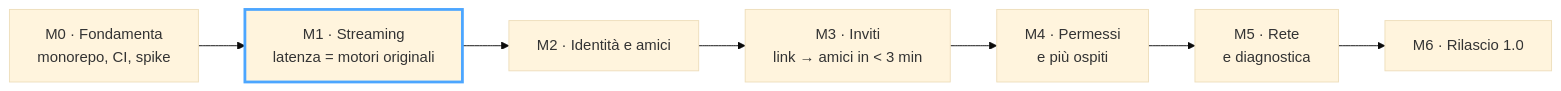
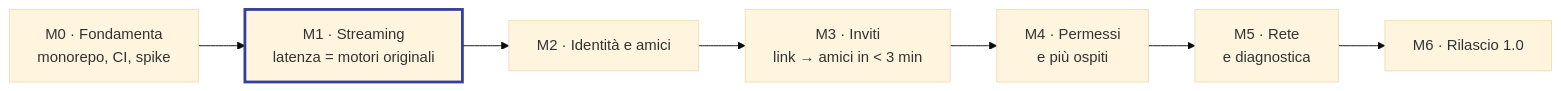
One commit to rkarmaaa/falco changed the third of 3 diagrams in docs/falco-spec.md. Above: the diagram before and after it, drawn with Mermaid (base theme). The commit also changed other lines of this file and 42 other files, not shown here.

````diff
--- a/docs/falco-spec.md
+++ b/docs/falco-spec.md
@@ -920,7 +920,7 @@
 ```mermaid
 flowchart LR
   M0["M0 · Fondamenta<br/>monorepo, CI, spike"] --> M1["M1 · Streaming<br/>latenza = motori originali"]:::key
   M1 --> M2["M2 · Identità e amici"] --> M3["M3 · Inviti<br/>link → amici in &lt; 3 min"]
   M3 --> M4["M4 · Permessi<br/>e più ospiti"] --> M5["M5 · Rete<br/>e diagnostica"] --> M6["M6 · Rilascio 1.0"]
-  classDef key stroke:#4CA6FF,stroke-width:3px
+  classDef key stroke:#32409A,stroke-width:3px
 ```
````
